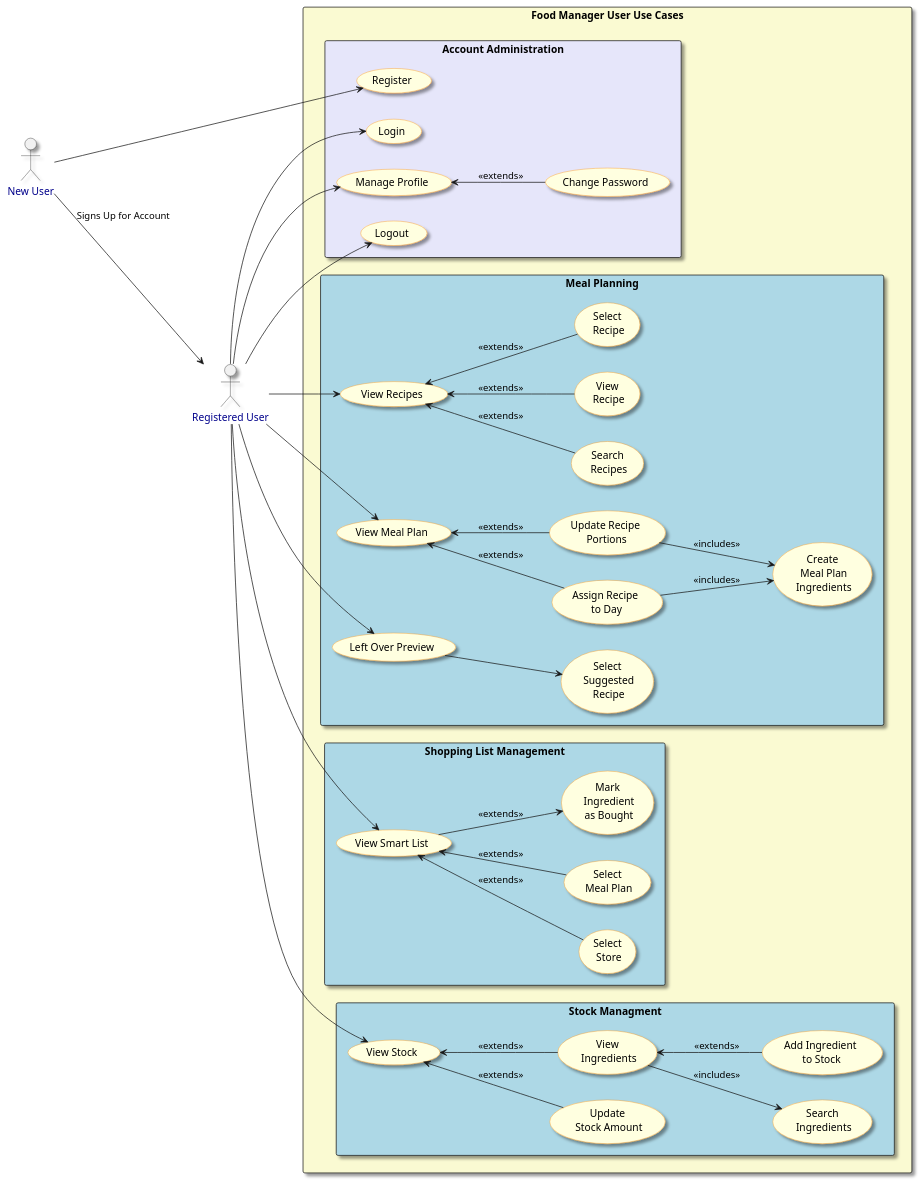
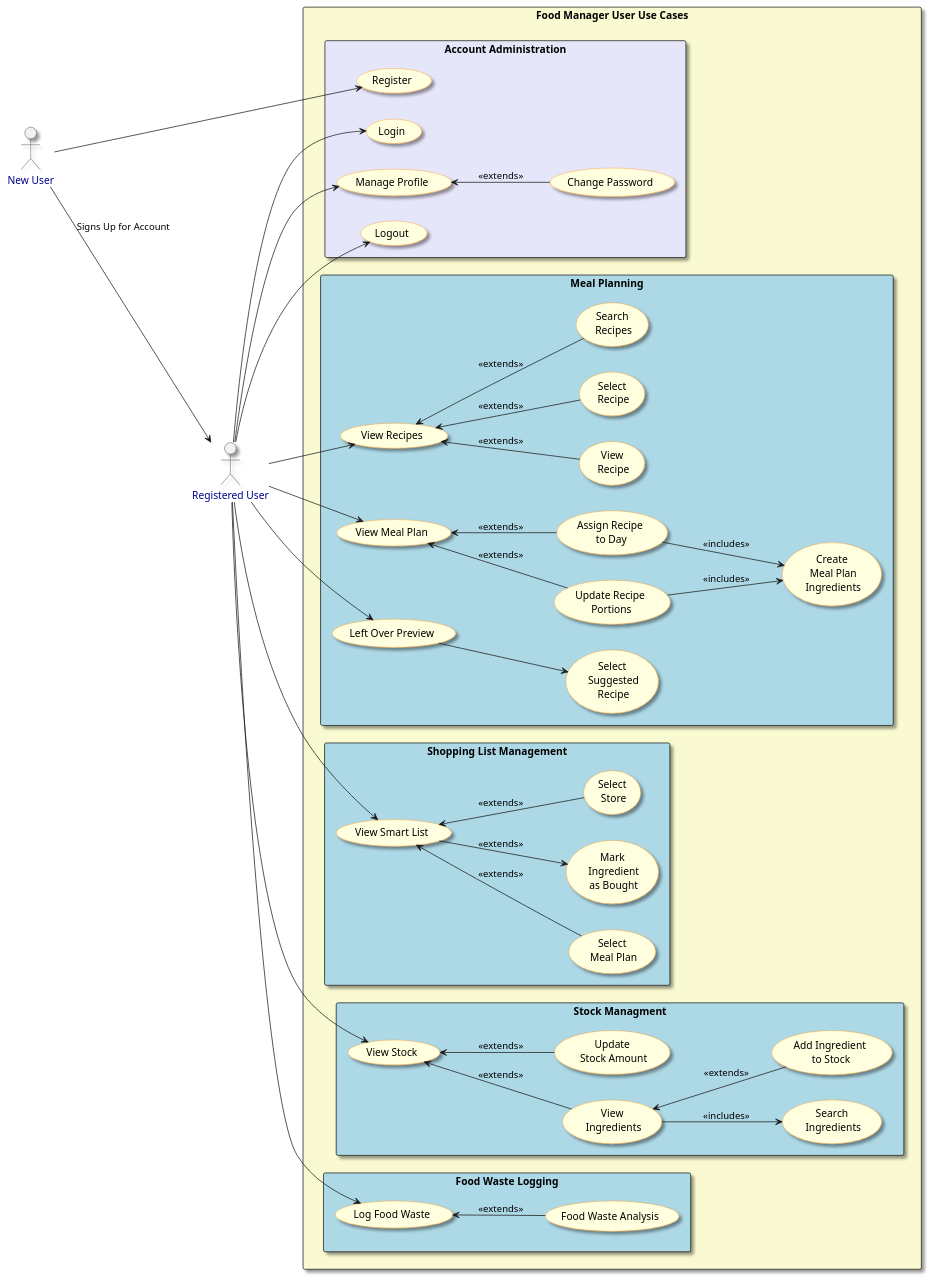
The first of 2 diagrams in documentation/designandmethods/user-usecaseLevel0.puml (jbrun001/foodmanager), drawn with PlantUML before and after one commit. The commit also changed 12 other files, not shown here.

```diff
--- a/documentation/designandmethods/user-usecaseLevel0.puml
+++ b/documentation/designandmethods/user-usecaseLevel0.puml
@@ -1,75 +1,82 @@
 @startuml Level0
 
 skinparam shadowing true
 skinparam usecase {
     BackgroundColor LightYellow
     BorderColor DarkOrange
     FontColor Black
     FontSize 14
 }
 
 skinparam actor {
     FontColor DarkBlue
 }
 
 actor NewUser as "New User"
 actor User as "Registered User"
 'actor Admin as "Admin User"
 
 NewUser --> User : "Signs Up for Account"
 rectangle "Food Manager User Use Cases" #LightGoldenRodYellow {
     left to right direction
     rectangle "Account Administration" #Lavender {
         User --> (Login) 
         User --> (Manage Profile)
         (Manage Profile) <-- (Change Password) : <<extends>>
         NewUser --> (Register)
         User --> (Logout) 
     }
 
     rectangle "Meal Planning" #LightBlue {
         User --> (View Recipes)
         (View Recipes) <-- (Search\n Recipes) : <<extends>>
         (View Recipes) <-- (View\n Recipe) : <<extends>>
         (View Recipes) <-- (Select\n Recipe) : <<extends>>
         User --> (View Meal Plan)
         (View Meal Plan) <-- (Assign Recipe\n to Day) : <<extends>>
         (Assign Recipe\n to Day) --> (Create\n Meal Plan\n Ingredients) : <<includes>>
         (Update Recipe\n Portions) --> (Create\n Meal Plan\n Ingredients) : <<includes>>
         (View Meal Plan) <-- (Update Recipe\n Portions) : <<extends>>
         User --> (Left Over Preview)
         (Left Over Preview) --> (Select\n Suggested\n Recipe)
     }
 
     rectangle "Shopping List Management" #LightBlue {
         User --> (View Smart List)
         (View Smart List) <-- (Select\n Store) : <<extends>>
         (View Smart List) <-- (Select\n Meal Plan) : <<extends>>
         (View Smart List) --> (Mark\n Ingredient\n as Bought) : <<extends>>
 
     }
 
     rectangle "Stock Managment" #LightBlue {
       
         User --> (View Stock)
 
         (View Stock) <-- (Update\n Stock Amount) : <<extends>>
         (View Stock) <-- (View\n Ingredients) : <<extends>>
         (View\n Ingredients) --> (Search\n Ingredients) : <<includes>>
         (View\n Ingredients) <-- (Add Ingredient\n to Stock) : <<extends>>
     }
     
+
+    rectangle "Food Waste Logging" #LightBlue {
+      
+        User --> (Log Food Waste)
+        (Log Food Waste) <-- (Food Waste Analysis) : <<extends>>
+    }
+    
 'rectangle "Food Manager Admin Use Cases" #LightGoldenRodYellow {
 '    rectangle "Recipe Managment" #LightBlue {
 '        (Manage Users) <-- Admin
 '        (Manage Quantities) <-- Admin
 '         (Manage Ingredients) <-- Admin
 '        (Manage Recipes) <-- Admin
 '        (Downloads) <-- Admin
 '        (Login) <-- Admin
 '        (Manage Profile) <-- Admin
 '        (Logout) <-- Admin
 '    }
 '}
 }
 @enduml
```
